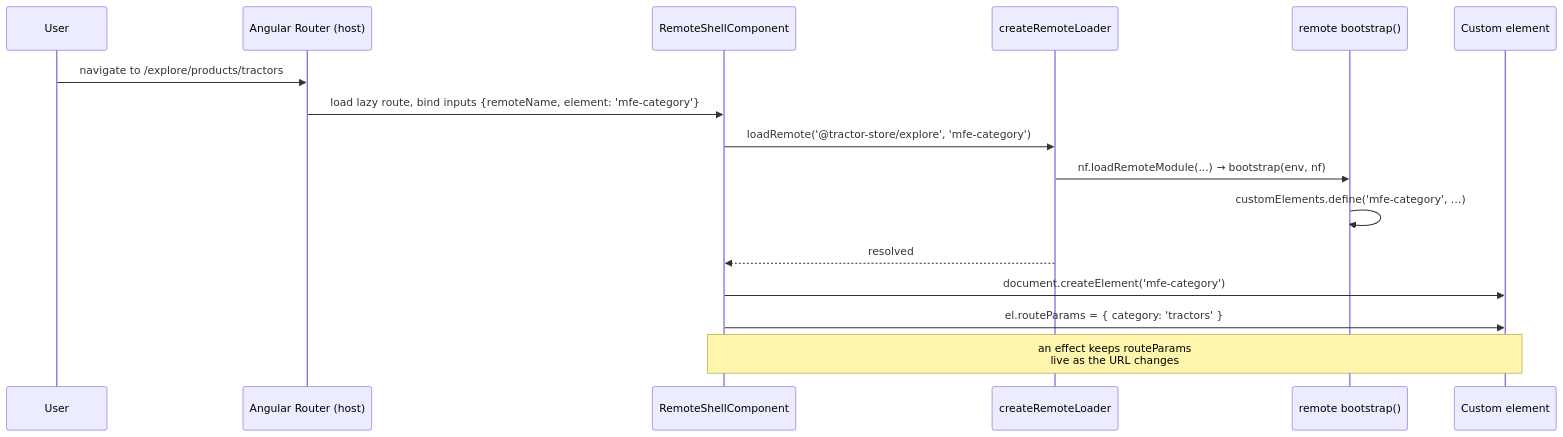
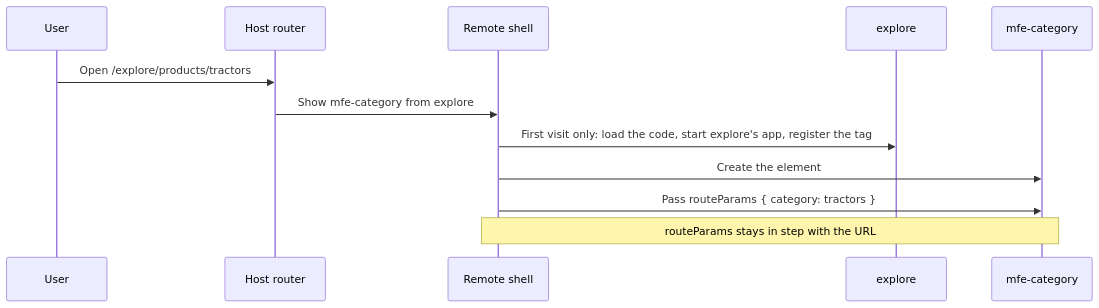
One commit to native-federation/playground changed the second of 5 diagrams in angular/tractor-store/docs/architecture.md. Above: the diagram before and after it, drawn with Mermaid. The commit also changed other lines of this file and 102 other files, not shown here.

First line of the commit message:
feat(tractor-store): sync the Angular and React stores on one bus and intent table

````diff
--- a/angular/tractor-store/docs/architecture.md
+++ b/angular/tractor-store/docs/architecture.md
@@ -188,19 +188,14 @@
 ```mermaid
 sequenceDiagram
-    participant U as User
-    participant R as Angular Router (host)
-    participant S as RemoteShellComponent
-    participant L as createRemoteLoader
-    participant B as remote bootstrap()
-    participant E as Custom element
-
-    U->>R: navigate to /explore/products/tractors
-    R->>S: load lazy route, bind inputs {remoteName, element: 'mfe-category'}
-    S->>L: loadRemote('@tractor-store/explore', 'mfe-category')
-    L->>B: nf.loadRemoteModule(...) → bootstrap(env, nf)
-    B->>B: customElements.define('mfe-category', …)
-    L-->>S: resolved
-    S->>E: document.createElement('mfe-category')
-    S->>E: el.routeParams = { category: 'tractors' }
-    Note over S,E: an effect keeps routeParams<br/>live as the URL changes
+    participant User
+    participant Router as Host router
+    participant Shell as Remote shell
+    participant Explore as explore
+    participant Element as mfe-category
+    User->>Router: Open /explore/products/tractors
+    Router->>Shell: Show mfe-category from explore
+    Shell->>Explore: First visit only: load the code, start explore's app, register the tag
+    Shell->>Element: Create the element
+    Shell->>Element: Pass routeParams { category: tractors }
+    Note over Shell,Element: routeParams stays in step with the URL
 ```
````
